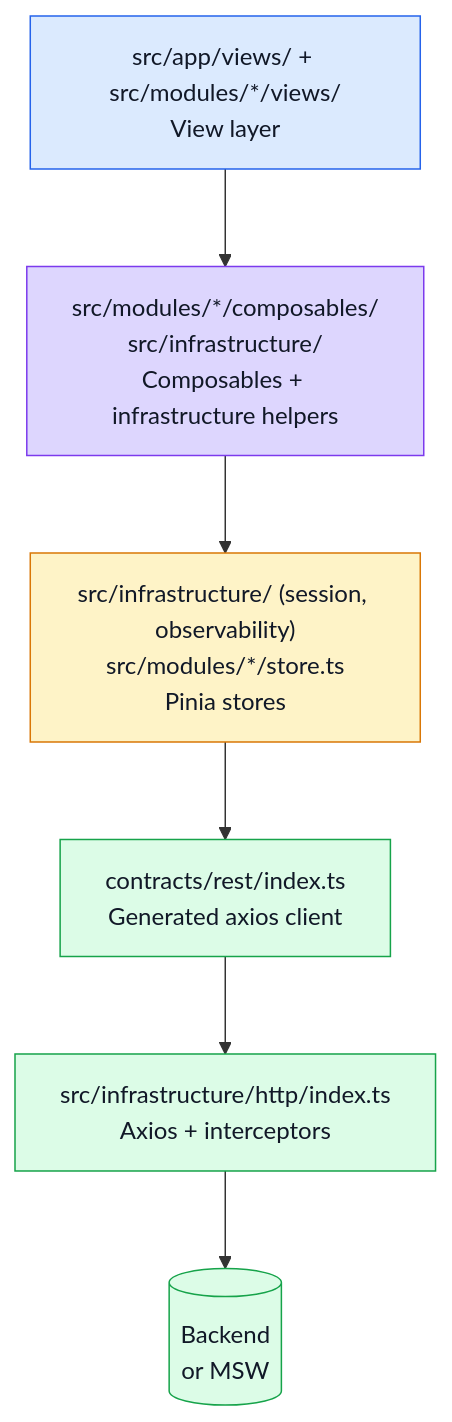
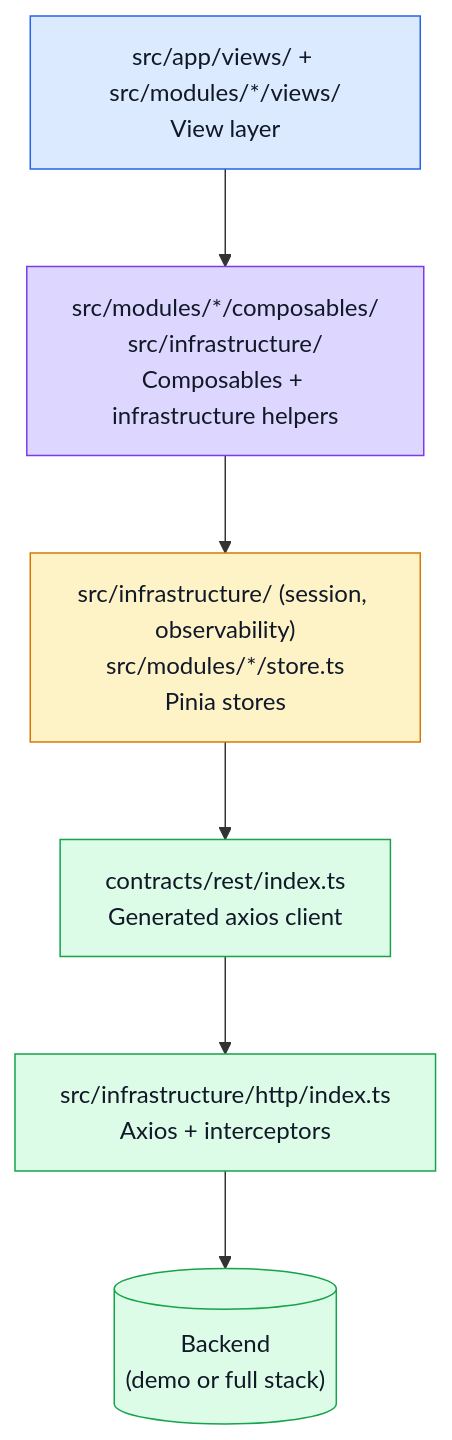
One commit to Guebbit/boilerplate-vue-frontend changed the second of 3 diagrams in docs/theory/layers.md. Above: the diagram before and after it, drawn with Mermaid. The commit also changed other lines of this file and 104 other files, not shown here.

````diff
--- a/docs/theory/layers.md
+++ b/docs/theory/layers.md
@@ -93,18 +93,18 @@
 ```mermaid
 %%{init: {'flowchart': {'nodeSpacing': 45, 'rankSpacing': 65}}}%%
 flowchart TD
     A["src/app/views/ + src/modules/*/views/\nView layer"] --> B["src/modules/*/composables/\nsrc/infrastructure/\nComposables + infrastructure helpers"]
     B --> C["src/infrastructure/ (session, observability)\nsrc/modules/*/store.ts\nPinia stores"]
     C --> D["contracts/rest/index.ts\nGenerated axios client"]
     D --> E["src/infrastructure/http/index.ts\nAxios + interceptors"]
-    E --> F[("Backend\nor MSW")]
+    E --> F[("Backend\n(demo or full stack)")]
 
     classDef view fill:#dbeafe,stroke:#2563eb,color:#111827;
     classDef comp fill:#ddd6fe,stroke:#7c3aed,color:#111827;
     classDef store fill:#fef3c7,stroke:#d97706,color:#111827;
     classDef http fill:#dcfce7,stroke:#16a34a,color:#111827;
     class A view;
     class B comp;
     class C store;
     class D,E,F http;
 ```
````
